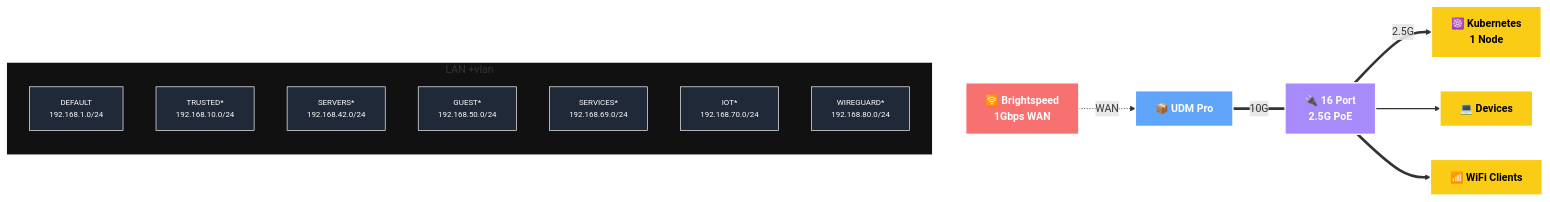
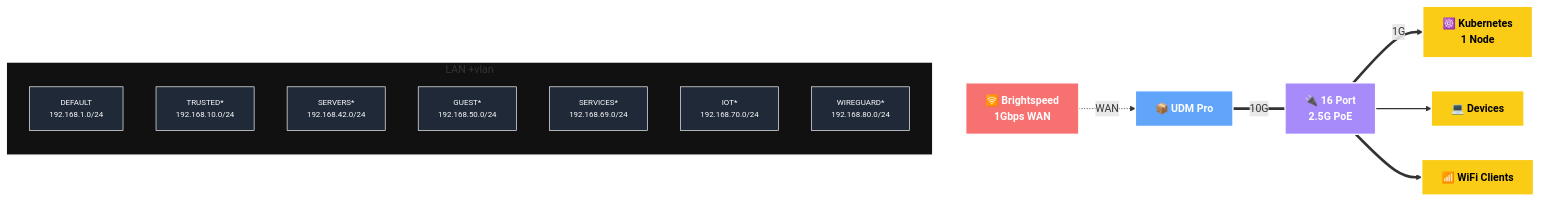
One commit to caycehouse/home-ops changed the second of 2 diagrams in README.md. Above: the diagram before and after it, drawn with Mermaid. The commit also changed 2 other files, not shown here.

Commit message:
chore: remove realtek nic

````diff
--- a/README.md
+++ b/README.md
@@ -99,46 +99,46 @@
 ```mermaid
 graph LR
     %% Class Definitions
     classDef isp fill:#f87171,stroke:#fff,stroke-width:2px,color:#fff,font-weight:bold;
     classDef core fill:#60a5fa,stroke:#fff,stroke-width:2px,color:#fff,font-weight:bold;
     classDef switch fill:#a78bfa,stroke:#fff,stroke-width:2px,color:#fff,font-weight:bold;
     classDef device fill:#facc15,stroke:#fff,stroke-width:2px,color:#000,font-weight:bold;
     classDef vlan fill:#1f2937,stroke:#fff,stroke-width:1px,color:#fff,font-size:12px;
 
     %% Nodes
     ISP[🛜 Brightspeed<br/>1Gbps WAN]:::isp
     UDM[📦 UDM Pro]:::core
     K8s[☸️ Kubernetes<br/>1 Node]:::device
     USW[🔌 16 Port<br/>2.5G PoE]:::switch
     DEV[💻 Devices]:::device
     WIFI[📶 WiFi Clients]:::device
 
     %% Subgraph for VLANs
     subgraph VLANs [LAN +vlan]
         direction TB
         DEFAULT[DEFAULT<br/>192.168.1.0/24]:::vlan
         TRUSTED[TRUSTED*<br/>192.168.10.0/24]:::vlan
         SERVERS[SERVERS*<br/>192.168.42.0/24]:::vlan
         GUEST[GUEST*<br/>192.168.50.0/24]:::vlan
         SERVICES[SERVICES*<br/>192.168.69.0/24]:::vlan
         IOT[IOT*<br/>192.168.70.0/24]:::vlan
         WIREGUARD[WIREGUARD*<br/>192.168.80.0/24]:::vlan
     end
 
     style VLANs fill:#111,stroke:#fff,stroke-width:2px,rx:0,ry:0,padding:20px;
 
     %% Links
     SERVERS -.-> ISP
     ISP -.->|WAN| UDM
     UDM -- 10G --- USW
-    USW -- 2.5G --> K8s
+    USW -- 1G --> K8s
     USW --> DEV
     USW --> WIFI
 
     %% Keep SERVERS->ISP as a hidden layout constraint and style bonded links thicker
     linkStyle 0 stroke:transparent,stroke-width:0px,color:transparent;
     linkStyle 2 stroke-width:4px;
     linkStyle 3 stroke-width:4px;
     linkStyle 4 stroke-width:2px;
     linkStyle 5 stroke-width:4px;
 ```
````
